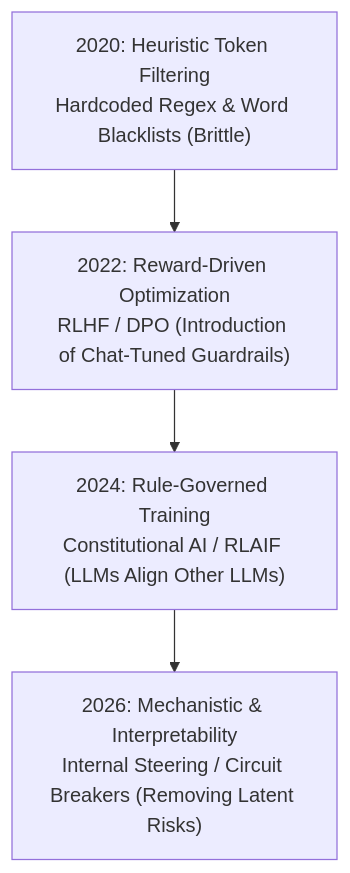
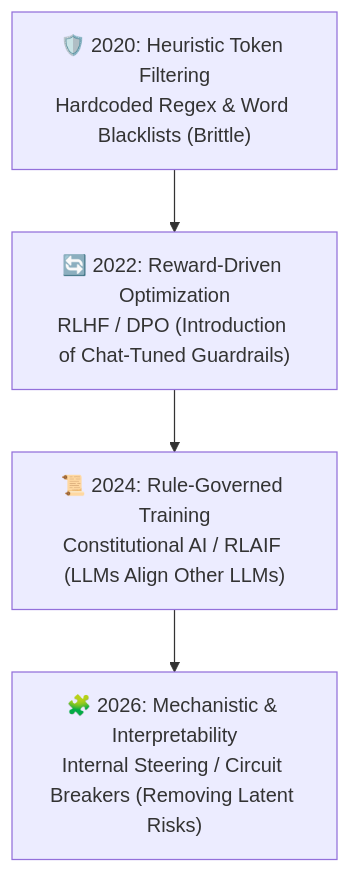
The diagram in README.md (ishandutta2007/Awesome-Safety-Alignment), drawn with Mermaid before and after one commit. The commit also changed other lines of this file and 1 other file, not shown here.

````diff
--- a/README.md
+++ b/README.md
@@ -14,7 +19,7 @@
 ```mermaid
 flowchart TD
-    A["2020: Heuristic Token Filtering<br/>Hardcoded Regex & Word Blacklists (Brittle)"]
-    --> B["2022: Reward-Driven Optimization<br/>RLHF / DPO (Introduction of Chat-Tuned Guardrails)"]
-    --> C["2024: Rule-Governed Training<br/>Constitutional AI / RLAIF (LLMs Align Other LLMs)"]
-    --> D["2026: Mechanistic & Interpretability<br/>Internal Steering / Circuit Breakers (Removing Latent Risks)"]
+    A["🛡️ 2020: Heuristic Token Filtering<br/>Hardcoded Regex & Word Blacklists (Brittle)"]
+    --> B["🔄 2022: Reward-Driven Optimization<br/>RLHF / DPO (Introduction of Chat-Tuned Guardrails)"]
+    --> C["📜 2024: Rule-Governed Training<br/>Constitutional AI / RLAIF (LLMs Align Other LLMs)"]
+    --> D["🧩 2026: Mechanistic & Interpretability<br/>Internal Steering / Circuit Breakers (Removing Latent Risks)"]
 ```
````
